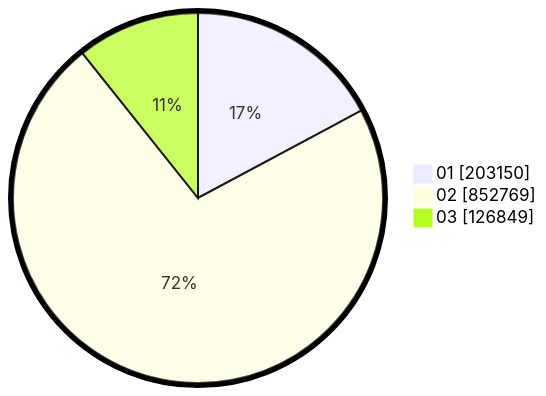
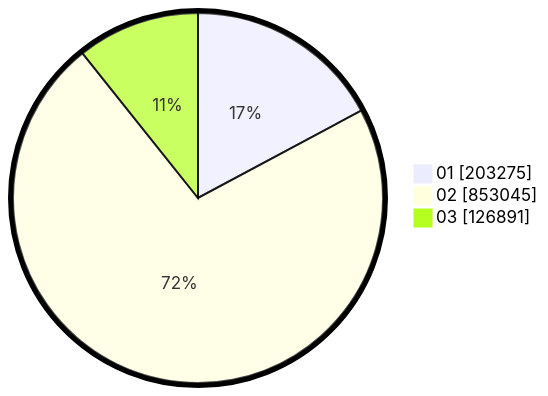
The second of 2 diagrams in pilpres/hitung-suara/sub/table-wilayah-62.md (gigit-pemilu/pemilu-2024), drawn with Mermaid before and after one commit. The commit also changed other lines of this file and 10 other files, not shown here.

````diff
--- a/pilpres/hitung-suara/sub/table-wilayah-62.md
+++ b/pilpres/hitung-suara/sub/table-wilayah-62.md
@@ -15,7 +15,7 @@
 ```mermaid
 %%{init: {"pie": {"textPosition": 0.5}, "themeVariables": {"pieOuterStrokeWidth": "5px"}} }%%
 pie showData
-    "01" : 203150
-    "02" : 852769
-    "03" : 126849
+    "01" : 203275
+    "02" : 853045
+    "03" : 126891
 ```
````
